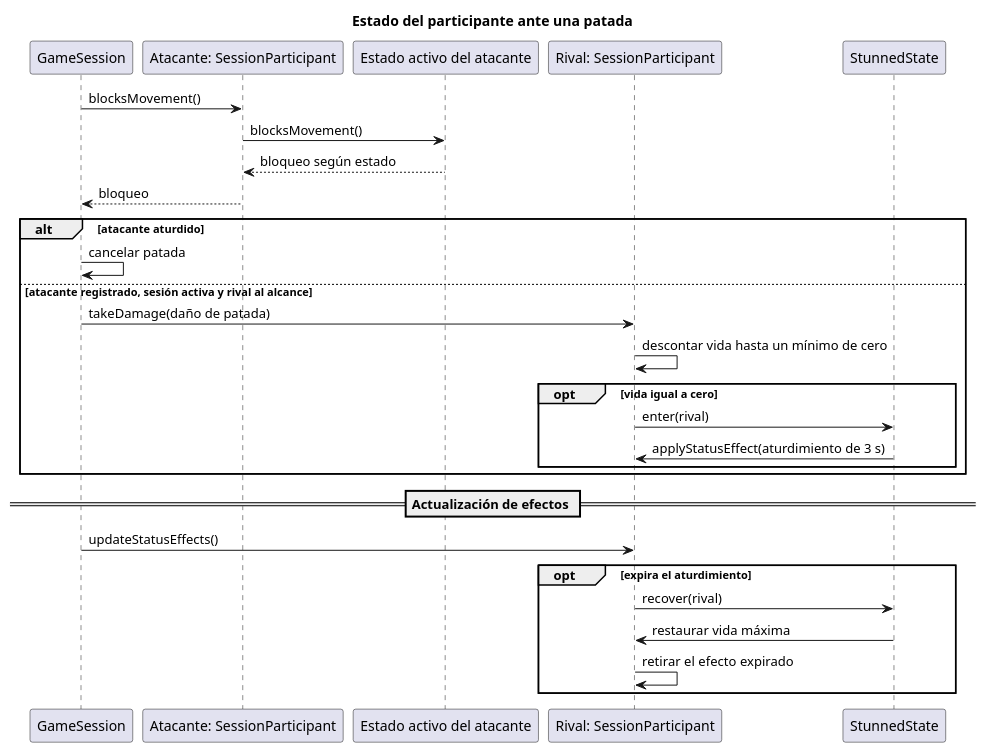
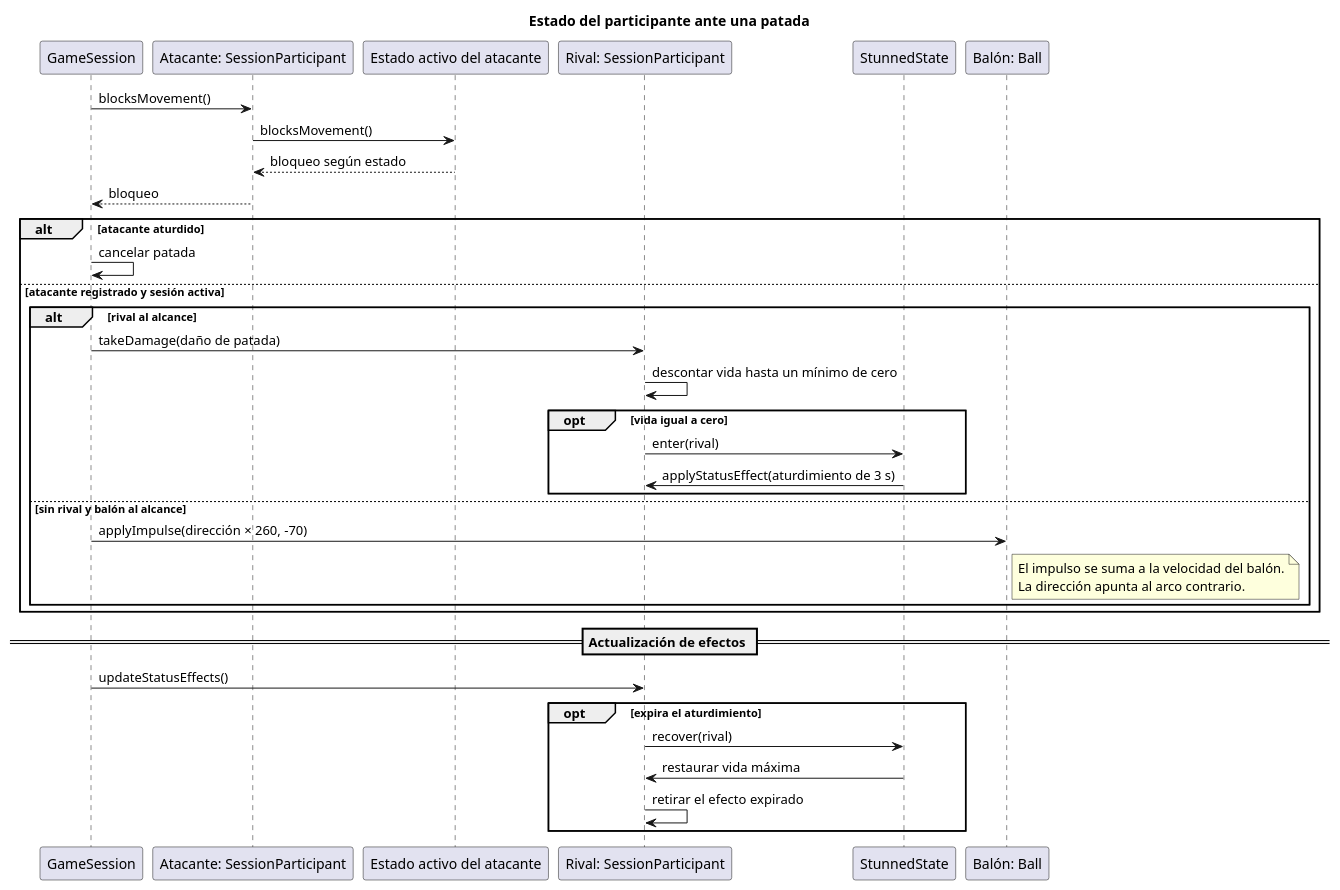
The diagram in docs/uml/participant-state-contact-sequence.puml (PaglkG/ProyectoFinal-Dopo), drawn with PlantUML before and after one commit. The commit also changed 67 other files, not shown here.

```diff
--- a/docs/uml/participant-state-contact-sequence.puml
+++ b/docs/uml/participant-state-contact-sequence.puml
@@ -1,32 +1,41 @@
 @startuml
 title Estado del participante ante una patada
 
 participant "GameSession" as Session
 participant "Atacante: SessionParticipant" as Attacker
 participant "Estado activo del atacante" as AttackerState
 participant "Rival: SessionParticipant" as Target
 participant "StunnedState" as Stun
+participant "Balón: Ball" as Ball
 
 Session -> Attacker: blocksMovement()
 Attacker -> AttackerState: blocksMovement()
 AttackerState --> Attacker: bloqueo según estado
 Attacker --> Session: bloqueo
 alt atacante aturdido
   Session -> Session: cancelar patada
-else atacante registrado, sesión activa y rival al alcance
-  Session -> Target: takeDamage(daño de patada)
-  Target -> Target: descontar vida hasta un mínimo de cero
-  opt vida igual a cero
-    Target -> Stun: enter(rival)
-    Stun -> Target: applyStatusEffect(aturdimiento de 3 s)
+else atacante registrado y sesión activa
+  alt rival al alcance
+    Session -> Target: takeDamage(daño de patada)
+    Target -> Target: descontar vida hasta un mínimo de cero
+    opt vida igual a cero
+      Target -> Stun: enter(rival)
+      Stun -> Target: applyStatusEffect(aturdimiento de 3 s)
+    end
+  else sin rival y balón al alcance
+    Session -> Ball: applyImpulse(dirección × 260, -70)
+    note right of Ball
+      El impulso se suma a la velocidad del balón.
+      La dirección apunta al arco contrario.
+    end note
   end
 end
 
 == Actualización de efectos ==
 Session -> Target: updateStatusEffects()
 opt expira el aturdimiento
   Target -> Stun: recover(rival)
   Stun -> Target: restaurar vida máxima
   Target -> Target: retirar el efecto expirado
 end
 @enduml
```
